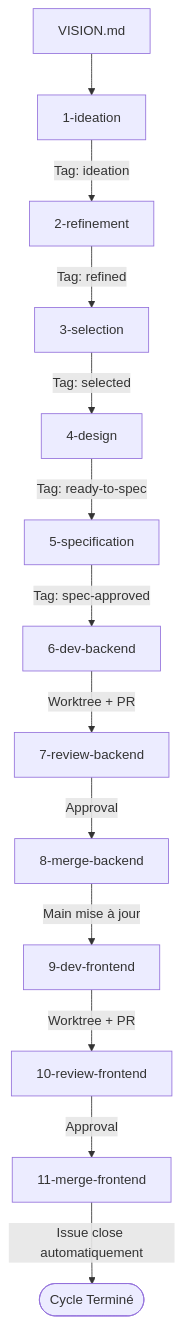
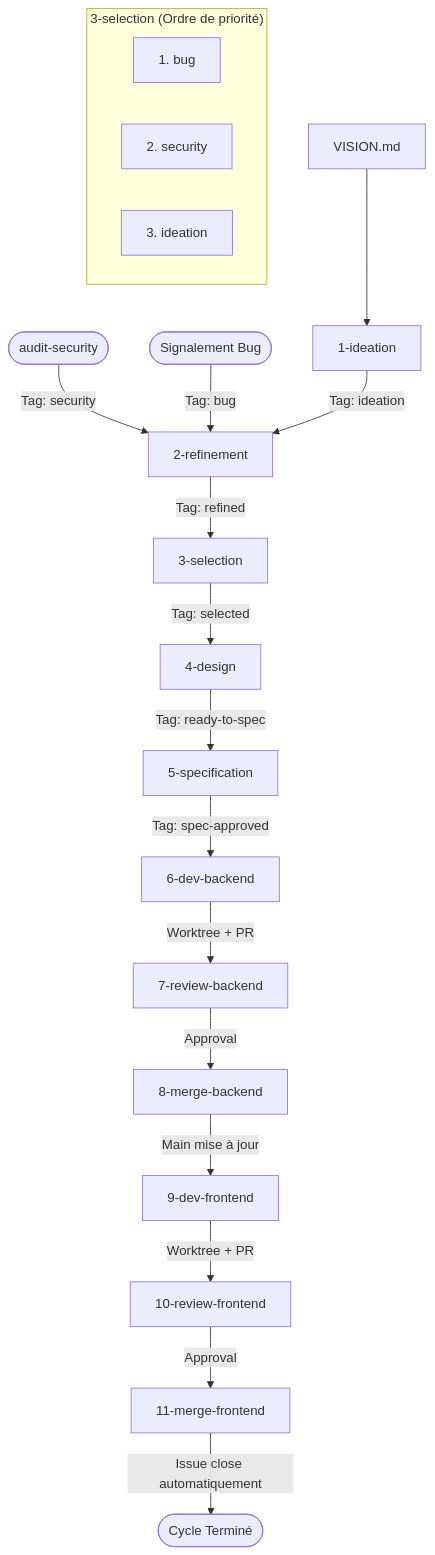
One commit to kevin-sakemaer/croissant-furtif changed the diagram in README.md. Above: the diagram before and after it, drawn with Mermaid. The commit also changed other lines of this file and 3 other files, not shown here.

Commit message:
feat(security): add audit-security skill and enforce bug > security > ideation priority

````diff
--- a/README.md
+++ b/README.md
@@ -11,15 +23,22 @@
 ```mermaid
 flowchart TD
     V[VISION.md] --> S1[1-ideation]
-    S1 -->|Tag: ideation| S2[2-refinement]
+    SecExpert([audit-security]) -->|Tag: security| S2[2-refinement]
+    BugReport([Signalement Bug]) -->|Tag: bug| S2
+    S1 -->|Tag: ideation| S2
     S2 -->|Tag: refined| S3[3-selection]
+    subgraph Priorisation ["3-selection (Ordre de priorité)"]
+        P1[1. bug]
+        P2[2. security]
+        P3[3. ideation]
+    end
     S3 -->|Tag: selected| S4[4-design]
     S4 -->|Tag: ready-to-spec| S5[5-specification]
     S5 -->|Tag: spec-approved| S6[6-dev-backend]
     S6 -->|Worktree + PR| S7[7-review-backend]
     S7 -->|Approval| S8[8-merge-backend]
     S8 -->|Main mise à jour| S9[9-dev-frontend]
     S9 -->|Worktree + PR| S10[10-review-frontend]
     S10 -->|Approval| S11[11-merge-frontend]
     S11 -->|Issue close automatiquement| Done([Cycle Terminé])
 ```
````
